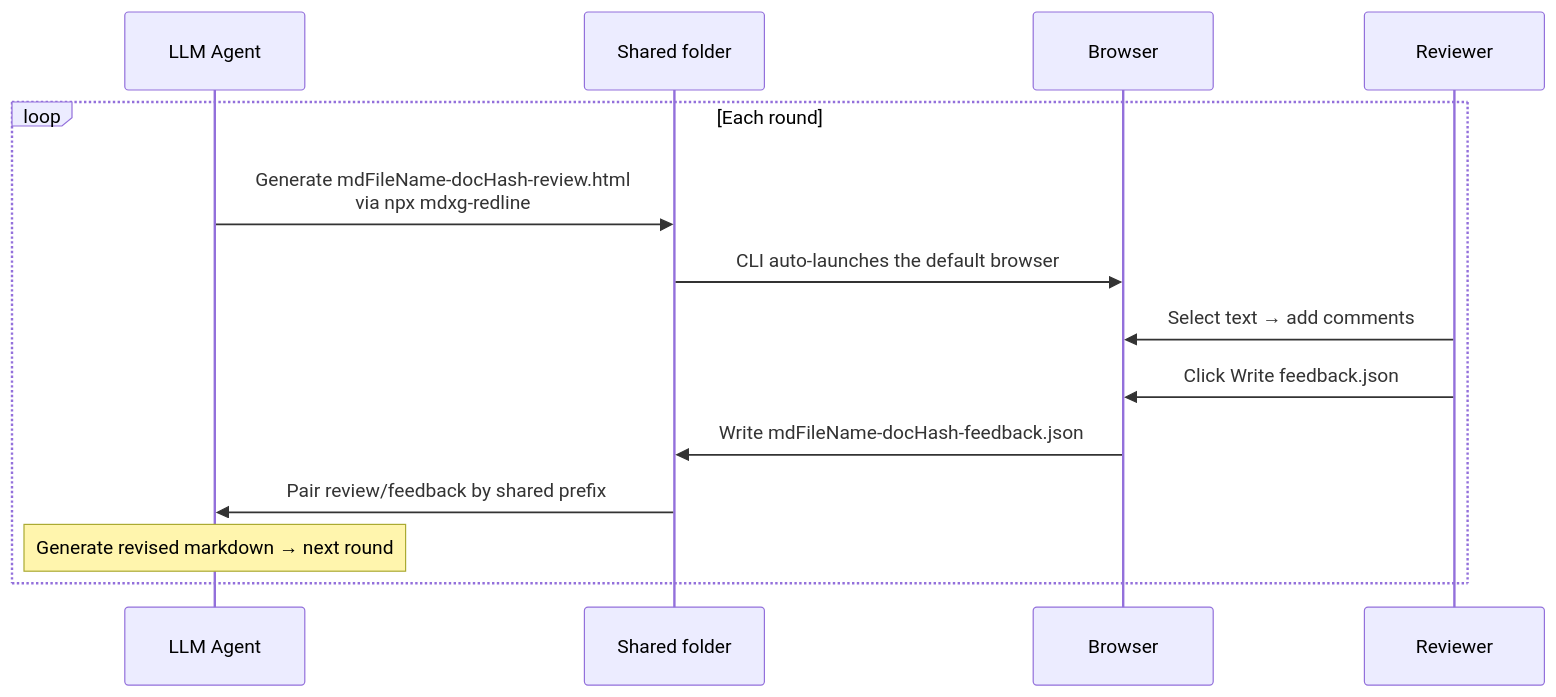
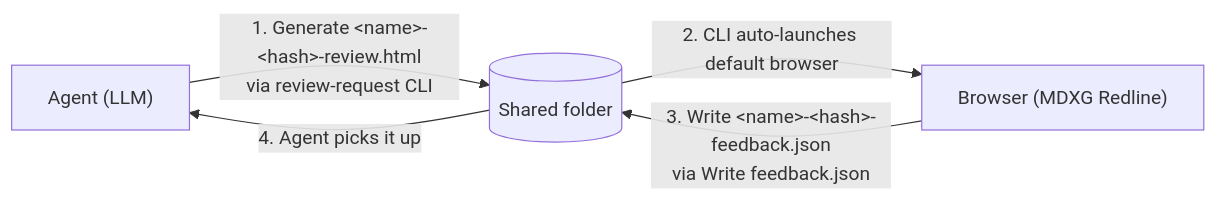
One commit to oubakiou/mdxg-redline changed the diagram in README.md. Above: the diagram before and after it, drawn with Mermaid. The commit also changed 1 other file, not shown here.

Commit message:
docs: README の skill 経由ループ図を DESIGN.md と同じ flowchart に統一
README.md / README_ja.md「LLM が skill 経由で CLI を起動する場合」の
sequenceDiagram を、DESIGN.md §3 標準ループと同形の flowchart LR に置換。
3 文書間で図の表現を揃え、改訂時の追従漏れを減らす。

````diff
--- a/README.md
+++ b/README.md
@@ -59,16 +59,10 @@
 ```mermaid
-sequenceDiagram
-    participant Agent as LLM Agent
-    participant Folder as Shared folder
-    participant Browser as Browser
-    participant Reviewer as Reviewer
-    loop Each round
-      Agent->>Folder: Generate mdFileName-docHash-review.html<br/>via npx mdxg-redline
-      Folder->>Browser: CLI auto-launches the default browser
-      Reviewer->>Browser: Select text → add comments
-      Reviewer->>Browser: Click Write feedback.json
-      Browser->>Folder: Write mdFileName-docHash-feedback.json
-      Folder->>Agent: Pair review/feedback by shared prefix
-      Note over Agent: Generate revised markdown → next round
-    end
+flowchart LR
+    Agent["Agent (LLM)"]
+    Folder[("Shared folder")]
+    Browser["Browser (MDXG Redline)"]
+    Agent -- "1. Generate &lt;name&gt;-&lt;hash&gt;-review.html<br/>via review-request CLI" --> Folder
+    Folder -- "2. CLI auto-launches default browser" --> Browser
+    Browser -- "3. Write &lt;name&gt;-&lt;hash&gt;-feedback.json<br/>via Write feedback.json" --> Folder
+    Folder -- "4. Agent picks it up" --> Agent
 ```
````
